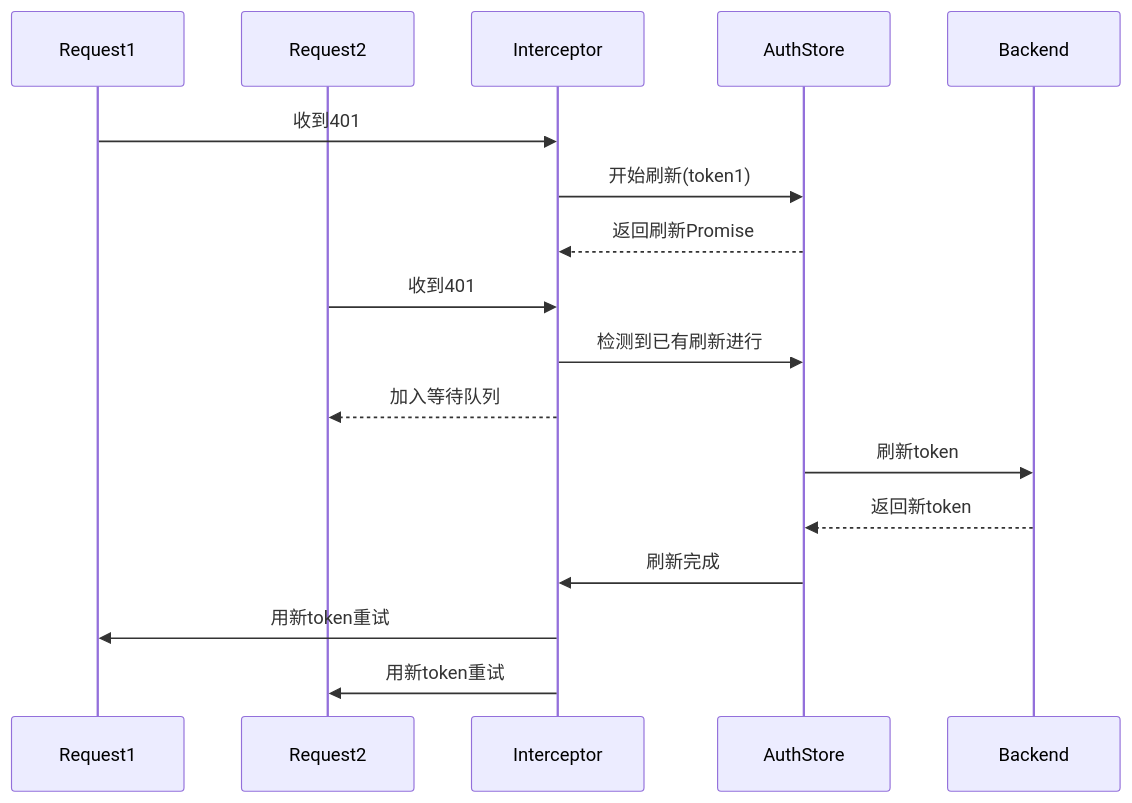
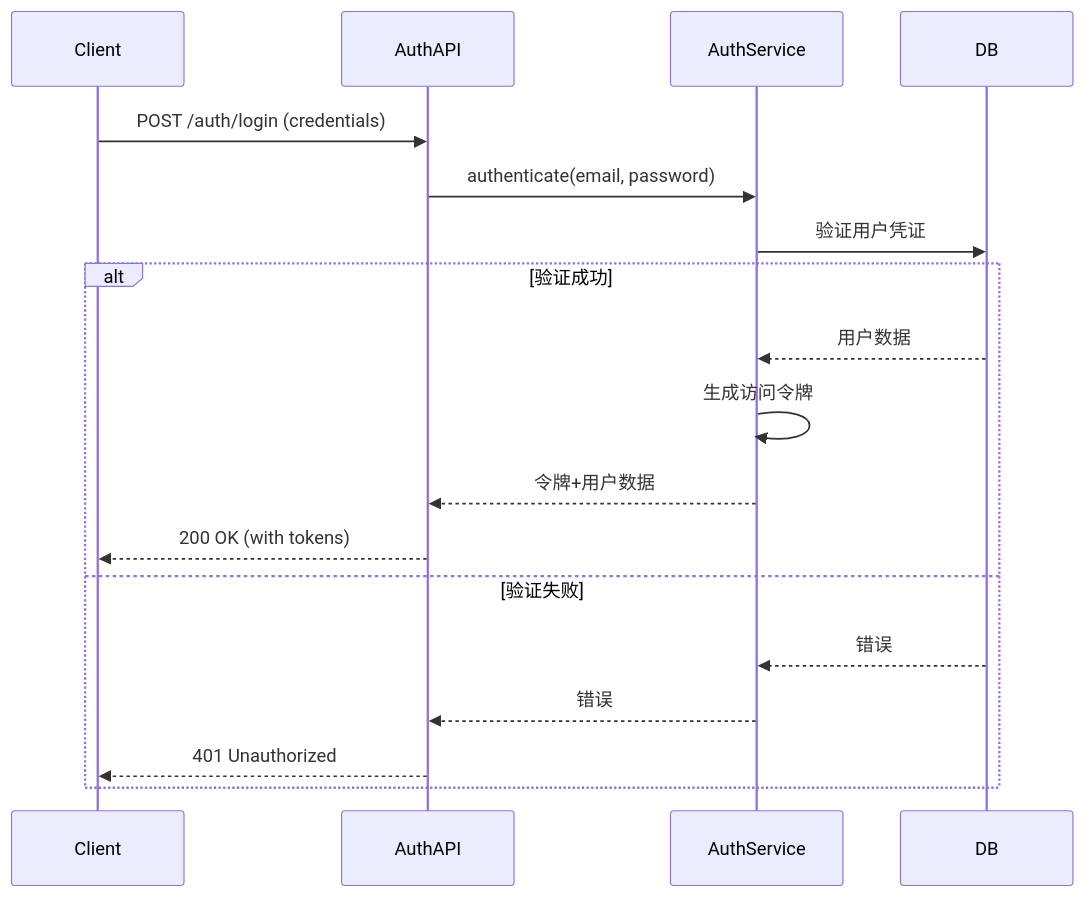
Before and after one commit to Jack-samu/the-blog-backend: the third of 3 diagrams in README.md, drawn with Mermaid. The commit also changed other lines of this file, not shown here.

````diff
--- a/README.md
+++ b/README.md
@@ -134,22 +84,21 @@
 ```mermaid
 sequenceDiagram
-    participant Request1
-    participant Request2
-    participant Interceptor
-    participant AuthStore
+    participant Client
+    participant AuthAPI
+    participant AuthService
+    participant DB
     
-    Request1->>Interceptor: 收到401
-    Interceptor->>AuthStore: 开始刷新(token1)
-    AuthStore-->>Interceptor: 返回刷新Promise
-    
-    Request2->>Interceptor: 收到401
-    Interceptor->>AuthStore: 检测到已有刷新进行
-    Interceptor-->>Request2: 加入等待队列
-    
-    AuthStore->>Backend: 刷新token
-    Backend-->>AuthStore: 返回新token
-    
-    AuthStore->>Interceptor: 刷新完成
-    Interceptor->>Request1: 用新token重试
-    Interceptor->>Request2: 用新token重试
+    Client->>AuthAPI: POST /auth/login (credentials)
+    AuthAPI->>AuthService: authenticate(email, password)
+    AuthService->>DB: 验证用户凭证
+    alt 验证成功
+        DB-->>AuthService: 用户数据
+        AuthService->>AuthService: 生成访问令牌
+        AuthService-->>AuthAPI: 令牌+用户数据
+        AuthAPI-->>Client: 200 OK (with tokens)
+    else 验证失败
+        DB-->>AuthService: 错误
+        AuthService-->>AuthAPI: 错误
+        AuthAPI-->>Client: 401 Unauthorized
+    end
 ```
````
